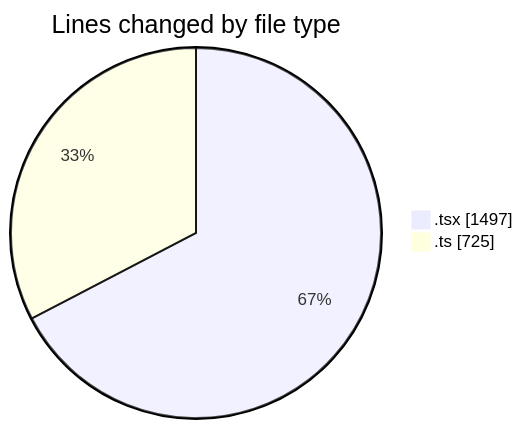
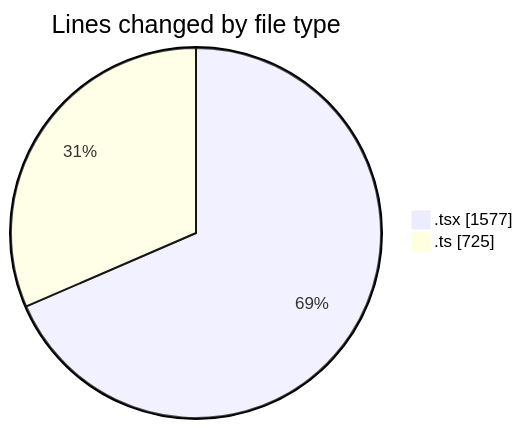
The first of 2 diagrams in 2026-02-18/nxtqube_webapp/README.md (nxtqubesakshisongat/code-tracking), drawn with Mermaid before and after one commit. The commit also changed other lines of this file and 1 other file, not shown here.

````diff
--- a/2026-02-18/nxtqube_webapp/README.md
+++ b/2026-02-18/nxtqube_webapp/README.md
@@ -25,6 +25,6 @@
 ```mermaid
 pie showData
 title Lines changed by file type
-".tsx" : 1497
+".tsx" : 1577
 ".ts" : 725
 ```
````
